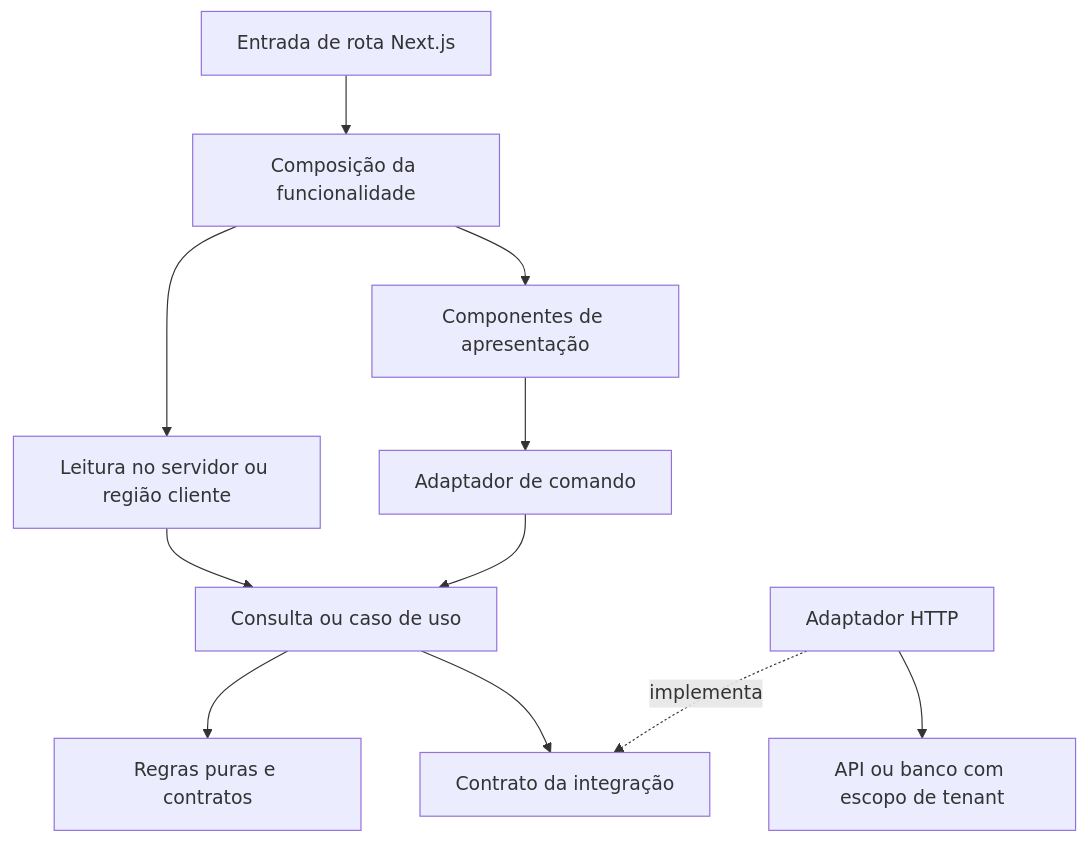
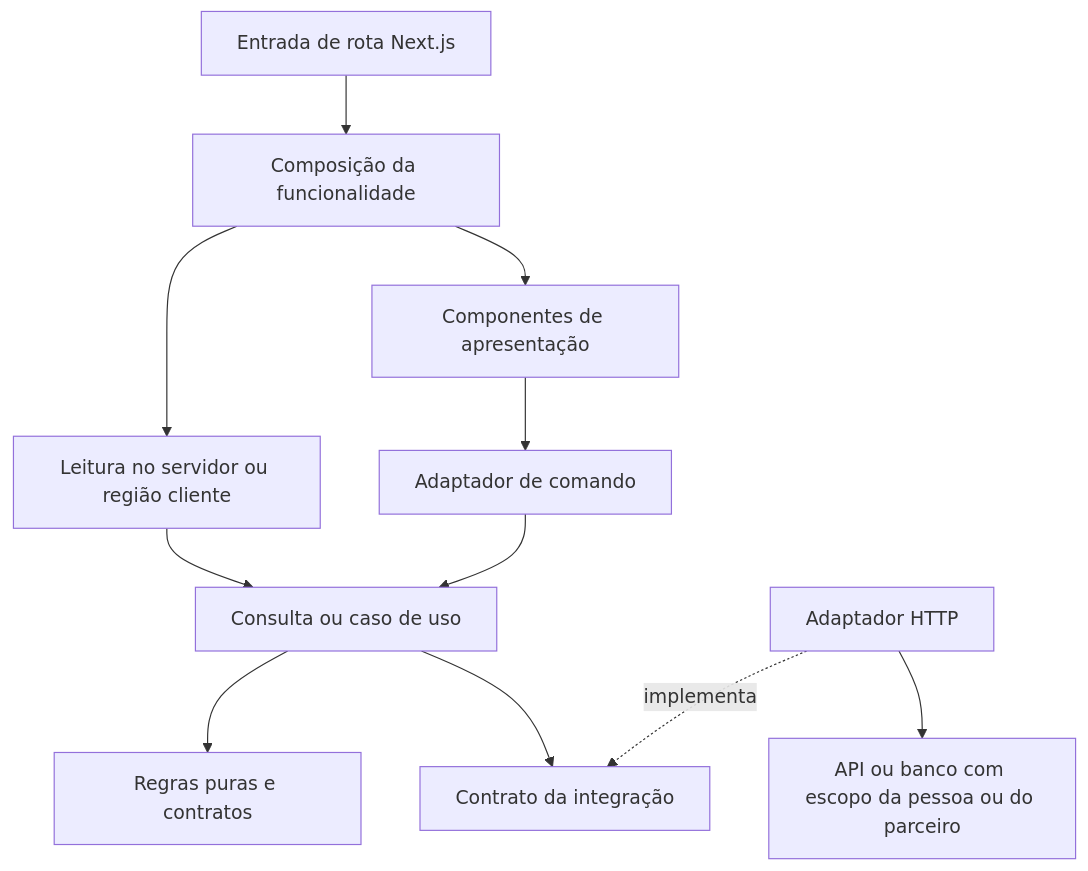
Before and after one commit to ricardoalfaia/achadosnarota: the diagram in docs/arquitetura.md, drawn with Mermaid. The commit also changed other lines of this file and 559 other files, not shown here.

````diff
--- a/docs/arquitetura.md
+++ b/docs/arquitetura.md
@@ -42,13 +42,13 @@
 ```mermaid
 flowchart TD
     Route[Entrada de rota Next.js] --> Composition[Composição da funcionalidade]
     Composition --> Read[Leitura no servidor ou região cliente]
     Composition --> UI[Componentes de apresentação]
     Read --> UseCase[Consulta ou caso de uso]
     UI --> Command[Adaptador de comando]
     Command --> UseCase
     UseCase --> Domain[Regras puras e contratos]
     UseCase --> Port[Contrato da integração]
     HTTP[Adaptador HTTP] -. implementa .-> Port
-    HTTP --> API[API ou banco com escopo de tenant]
+    HTTP --> API[API ou banco com escopo da pessoa ou do parceiro]
 ```
````
